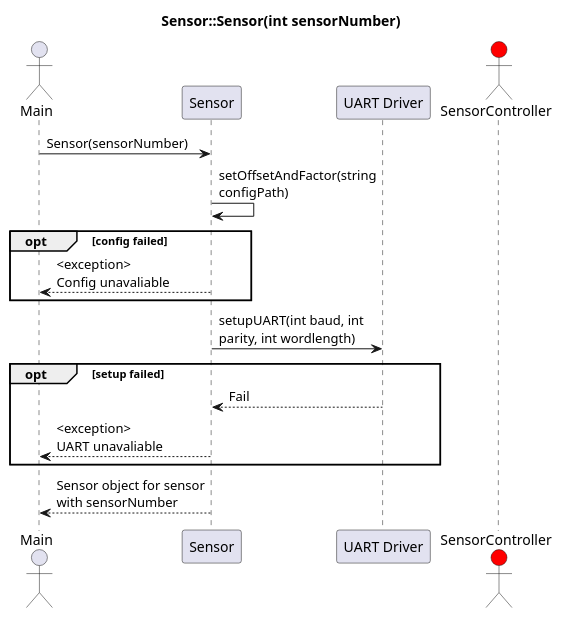
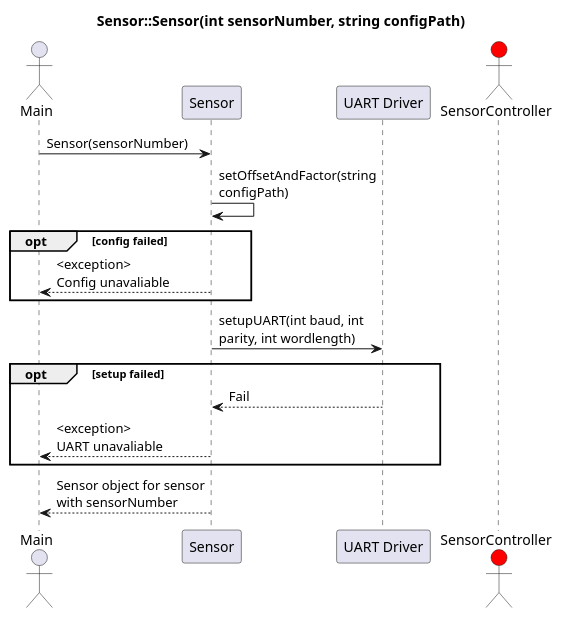
Before and after one commit to Solvgraa-mager/E4PRJ4: the diagram in Design/SE/SensorController Driver/SD_Constructor.puml, drawn with PlantUML. The commit also changed 55 other files, not shown here.

Commit message:
Sensor Controller impl og test

```diff
--- a/Design/SE/SensorController Driver/SD_Constructor.puml
+++ b/Design/SE/SensorController Driver/SD_Constructor.puml
@@ -1,25 +1,25 @@
-@startuml
-title Sensor::Sensor(int sensorNumber)
+@startuml SD_SensorControllerDriverConstructor
+title Sensor::Sensor(int sensorNumber, string configPath)
 
 skinparam MaxMessageSize 150
 
 actor Main as Main
 participant Sensor as SD
 participant "UART Driver" as UART
 actor SensorController as SC #red
 
 Main -> SD : Sensor(sensorNumber)
 SD -> SD : setOffsetAndFactor(string configPath)
 opt config failed
 SD --> Main : <exception> \nConfig unavaliable
 end opt
 SD -> UART : setupUART(int baud, int parity, int wordlength)
 opt setup failed
 UART --> SD : Fail
 SD --> Main : <exception> \nUART unavaliable
 end opt
 SD --> Main : Sensor object for sensor with sensorNumber
 
 
 
 @enduml
```
